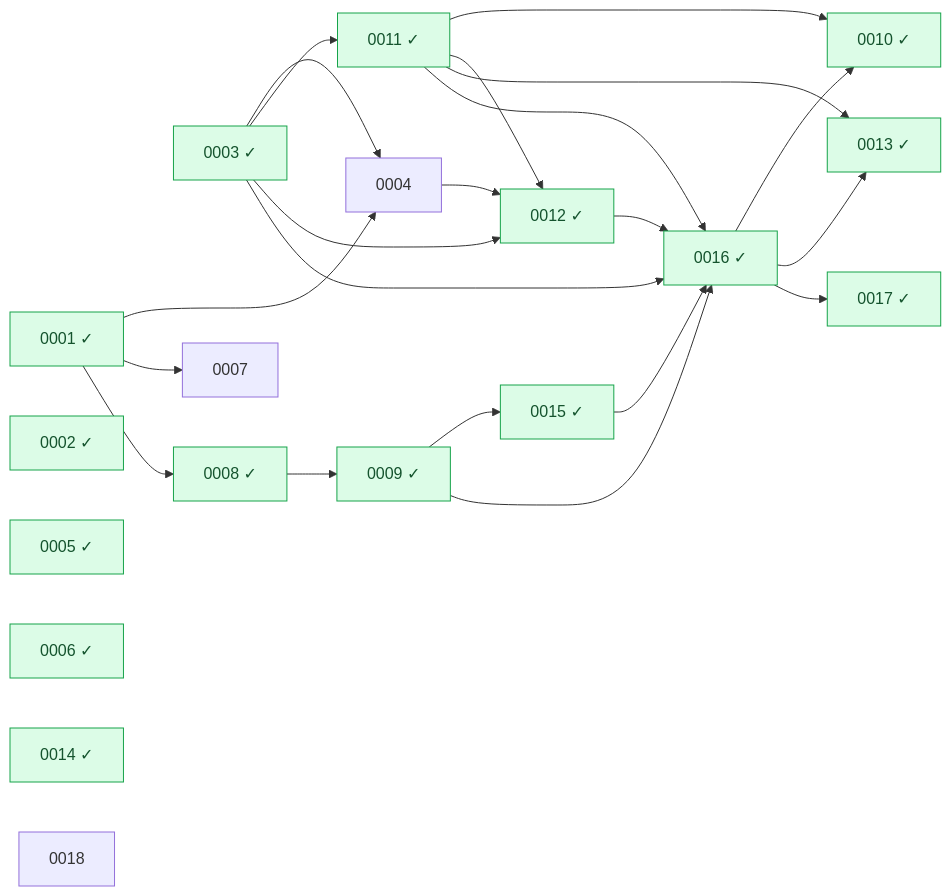
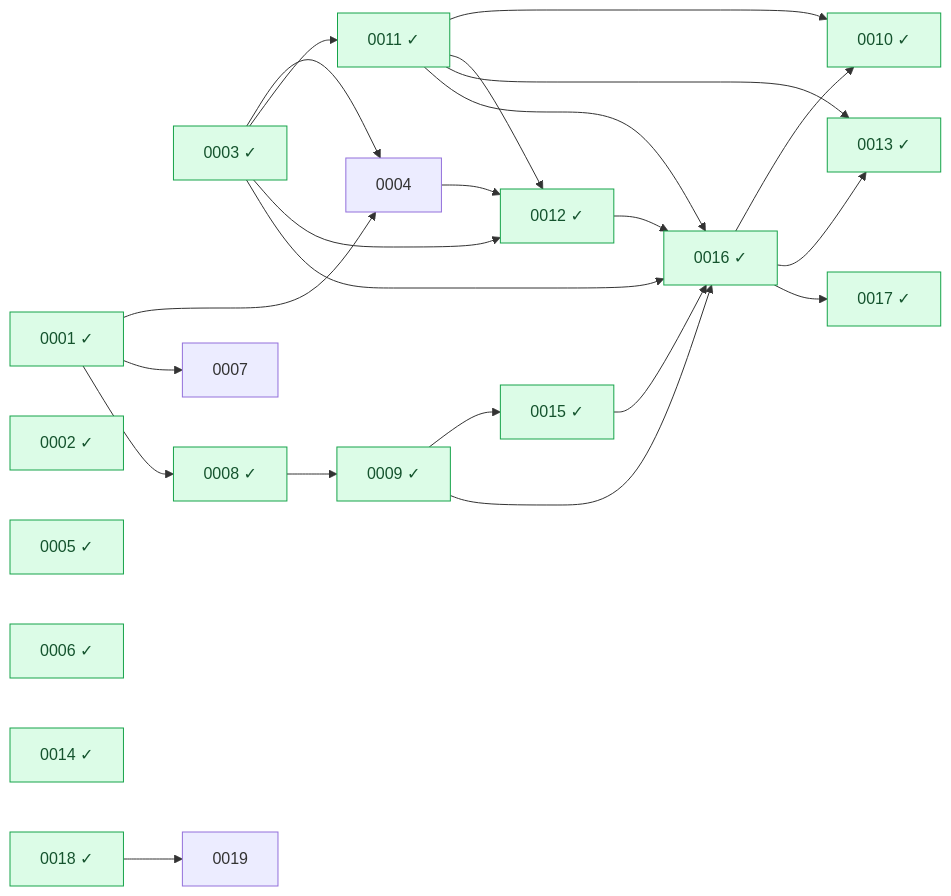
The diagram in docs/rfcs/README.md (Heva-Co/piro), drawn with Mermaid before and after one commit. The commit also changed other lines of this file and 2 other files, not shown here.

First paragraph of the commit message:
docs(rfc): add RFC 0019 config as code, mark 0018 implemented
RFC 0019 proposes config as code for services and checks: a piro.yaml
format, a server-side plan/apply reconciler, and a NativeAOT `piro` CLI
that pushes to the API. Covers issue #23 and enables #31.

````diff
--- a/docs/rfcs/README.md
+++ b/docs/rfcs/README.md
@@ -42,57 +43,60 @@
 ```mermaid
 graph LR
   n0001["0001 ✓"]
   n0002["0002 ✓"]
   n0003["0003 ✓"]
   n0004["0004"]
   n0005["0005 ✓"]
   n0006["0006 ✓"]
   n0007["0007"]
   n0008["0008 ✓"]
   n0009["0009 ✓"]
   n0010["0010 ✓"]
   n0011["0011 ✓"]
   n0012["0012 ✓"]
   n0013["0013 ✓"]
   n0014["0014 ✓"]
   n0015["0015 ✓"]
   n0016["0016 ✓"]
   n0017["0017 ✓"]
-  n0018["0018"]
+  n0018["0018 ✓"]
+  n0019["0019"]
   n0001 --> n0004
   n0003 --> n0004
   n0001 --> n0007
   n0001 --> n0008
   n0008 --> n0009
   n0011 --> n0010
   n0016 --> n0010
   n0003 --> n0011
   n0003 --> n0012
   n0004 --> n0012
   n0011 --> n0012
   n0011 --> n0013
   n0016 --> n0013
   n0009 --> n0015
   n0003 --> n0016
   n0009 --> n0016
   n0011 --> n0016
   n0012 --> n0016
   n0015 --> n0016
   n0016 --> n0017
+  n0018 --> n0019
   classDef done fill:#dcfce7,stroke:#16a34a,color:#14532d;
   class n0001 done;
   class n0002 done;
   class n0003 done;
   class n0005 done;
   class n0006 done;
   class n0008 done;
   class n0009 done;
   class n0010 done;
   class n0011 done;
   class n0012 done;
   class n0013 done;
   class n0014 done;
   class n0015 done;
   class n0016 done;
   class n0017 done;
+  class n0018 done;
 ```
````
